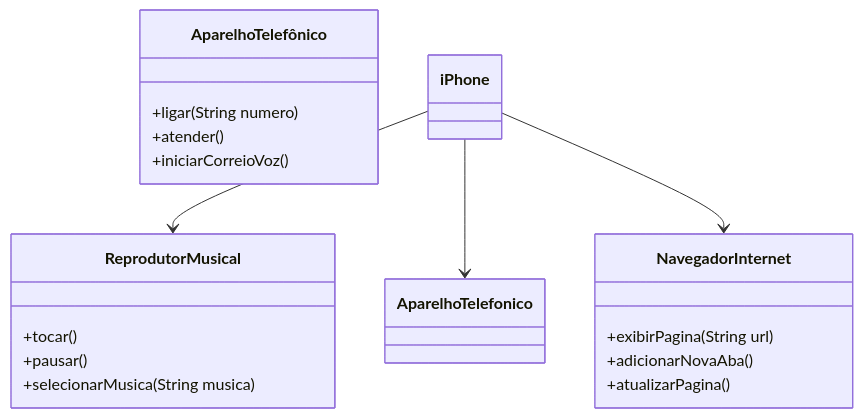
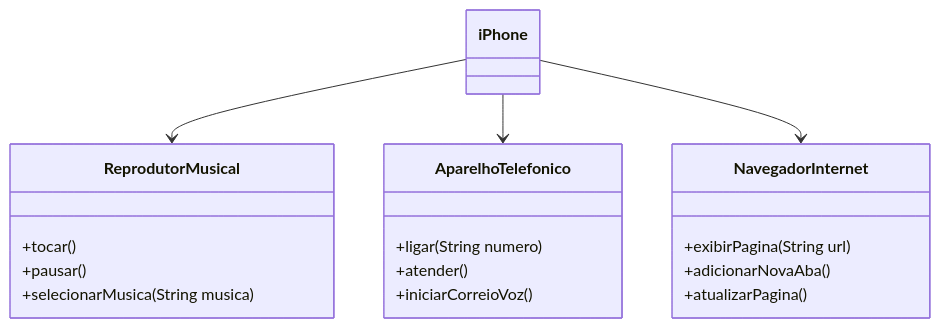
One commit to V1nic1us/UML-iPhone changed the second of 2 diagrams in README.md. Above: the diagram before and after it, drawn with Mermaid.

Commit message:
fix: class name change

````diff
--- a/README.md
+++ b/README.md
@@ -66,28 +66,28 @@
 ```mermaid
 classDiagram
 
     class ReprodutorMusical{
         +tocar()
         +pausar()
         +selecionarMusica(String musica)
     }
     
-    class Aparelho Telefônico{
+    class AparelhoTelefonico{
         +ligar(String numero)
         +atender()
         +iniciarCorreioVoz()
     }
     
     class NavegadorInternet {
         +exibirPagina(String url)
         +adicionarNovaAba()
         +atualizarPagina()
     }
 
     class iPhone {
     }
     
     iPhone --> ReprodutorMusical
     iPhone --> AparelhoTelefonico
     iPhone --> NavegadorInternet
 ```
````
